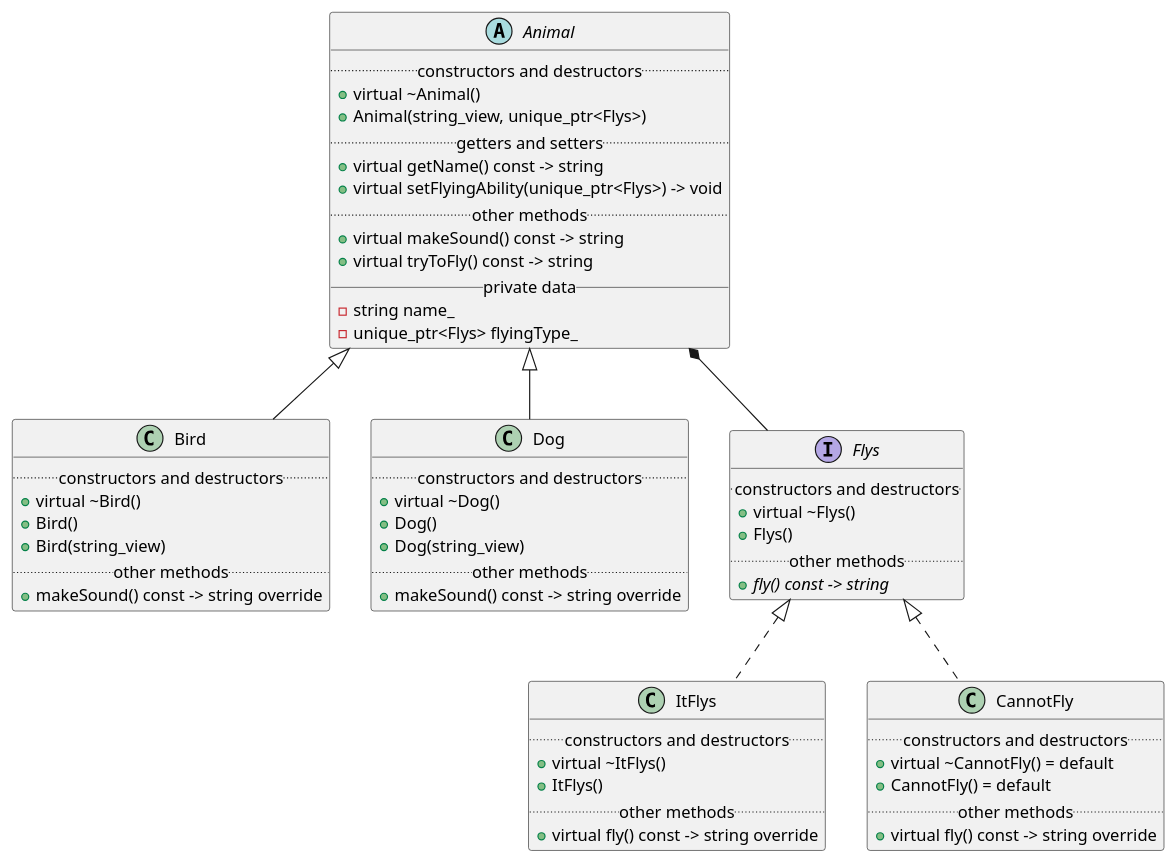
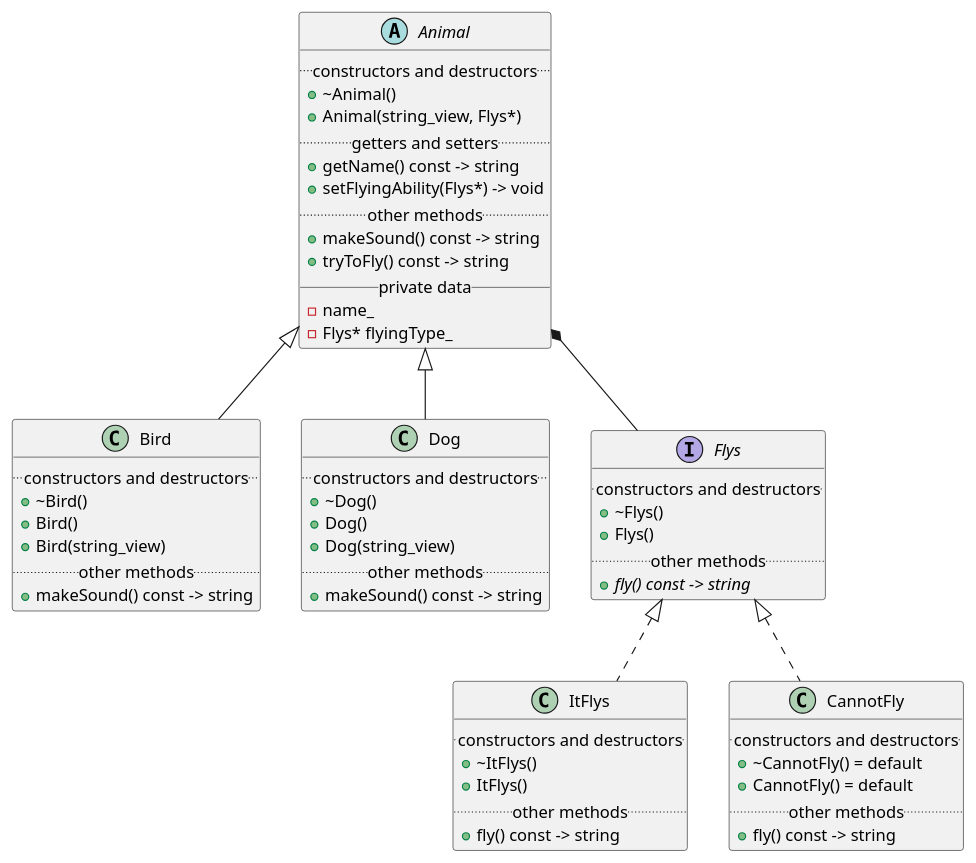
One commit to JurajX/Notes changed the diagram in DesignPatterns/Strategy/implemented.puml. Above: the diagram before and after it, drawn with PlantUML.

Commit message:
clean-up diagram

```diff
--- a/DesignPatterns/Strategy/implemented.puml
+++ b/DesignPatterns/Strategy/implemented.puml
@@ -1,72 +1,72 @@
 @startuml
 
 abstract class Animal
 {
     .. constructors and destructors ..
-    + virtual ~Animal()
-    + Animal(string_view, unique_ptr<Flys>)
+    + ~Animal()
+    + Animal(string_view, Flys*)
     .. getters and setters ..
-    + virtual getName() const -> string
-    + virtual setFlyingAbility(unique_ptr<Flys>) -> void
+    + getName() const -> string
+    + setFlyingAbility(Flys*) -> void
     .. other methods ..
-    + virtual makeSound() const -> string
-    + virtual tryToFly() const -> string
+    + makeSound() const -> string
+    + tryToFly() const -> string
     __ private data __
-    - string name_
-    - unique_ptr<Flys> flyingType_
+    - name_
+    - Flys* flyingType_
 }
 
 class Bird
 {
     .. constructors and destructors ..
-    + virtual ~Bird()
+    + ~Bird()
     + Bird()
     + Bird(string_view)
     .. other methods ..
-    + makeSound() const -> string override
+    + makeSound() const -> string
 }
 
 class Dog
 {
     .. constructors and destructors ..
-    + virtual ~Dog()
+    + ~Dog()
     + Dog()
     + Dog(string_view)
     .. other methods ..
-    + makeSound() const -> string override
+    + makeSound() const -> string
 }
 
 Animal <|-- Bird
 Animal <|-- Dog
 
 interface Flys
 {
     .. constructors and destructors ..
-    + virtual ~Flys()
+    + ~Flys()
     + Flys()
     .. other methods ..
     + {abstract} fly() const -> string
 }
 
 class ItFlys
 {
     .. constructors and destructors ..
-    + virtual ~ItFlys()
+    + ~ItFlys()
     + ItFlys()
     .. other methods ..
-    + virtual fly() const -> string override
+    + fly() const -> string
 }
 class CannotFly
 {
     .. constructors and destructors ..
-    + virtual ~CannotFly() = default
+    + ~CannotFly() = default
     + CannotFly() = default
     .. other methods ..
-    + virtual fly() const -> string override
+    + fly() const -> string
 }
 
 Animal *-- Flys
 Flys <|.. ItFlys
 Flys <|.. CannotFly
 
 @enduml
```
